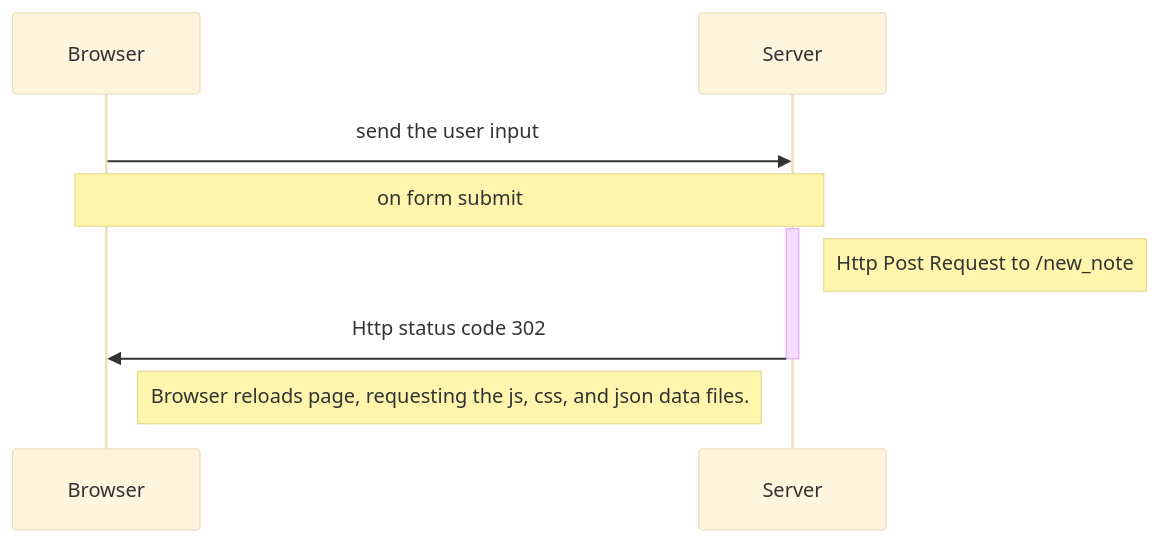
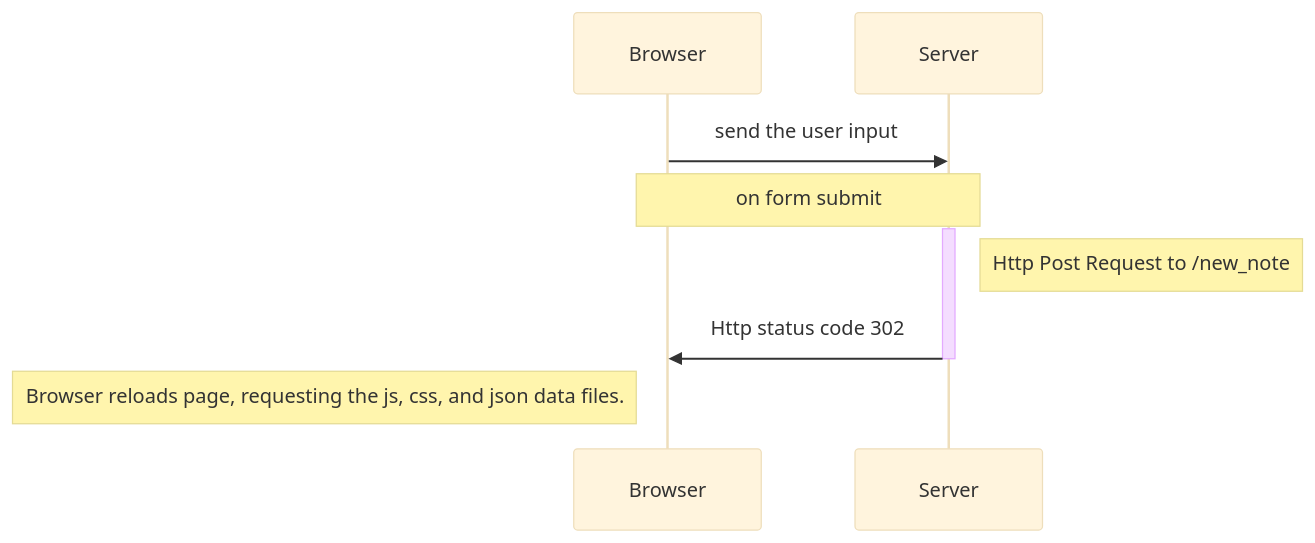
The diagram in part0/part0-4.md (CarnevaleMNO/fullstackopen), drawn with Mermaid (base theme) before and after one commit.

Commit message:
Update part0-4.md
fix note

````diff
--- a/part0/part0-4.md
+++ b/part0/part0-4.md
@@ -3,14 +3,14 @@
 ```mermaid
 sequenceDiagram;
 participant Browser
 participant Server
 
 Browser ->> Server: send the user input
 note over Browser, Server: on form submit
 activate Server
 note right of Server: Http Post Request to /new_note
 Server ->> Browser: Http status code 302
 deactivate Server
-note right of Browser: Browser reloads page, requesting the js, css, and json data files.
+note left of Browser: Browser reloads page, requesting the js, css, and json data files.
 
 ```
````
